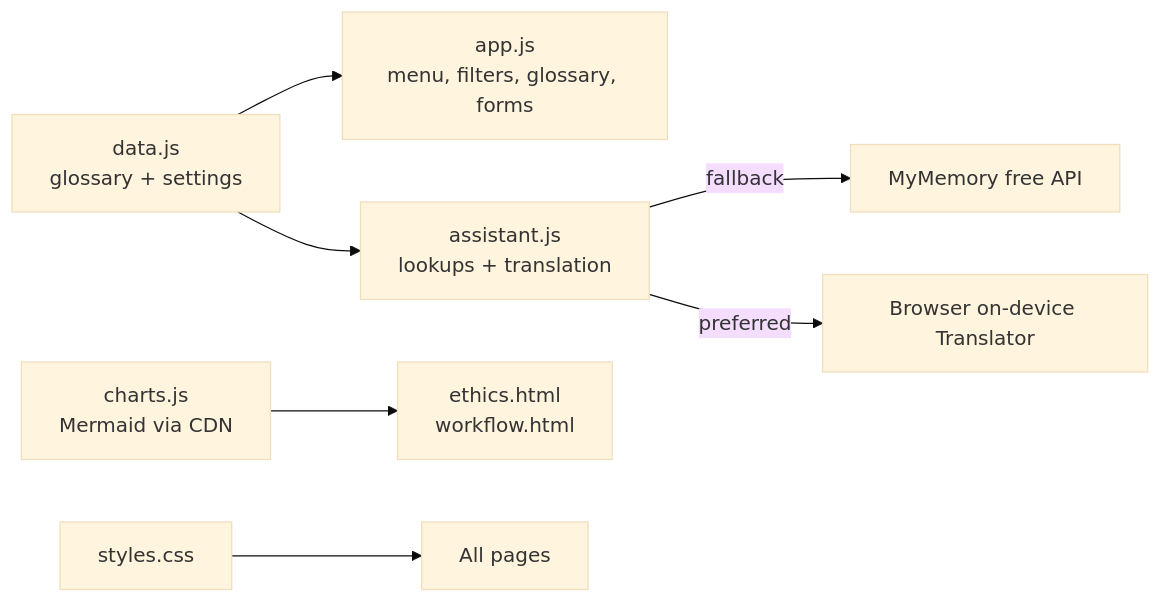
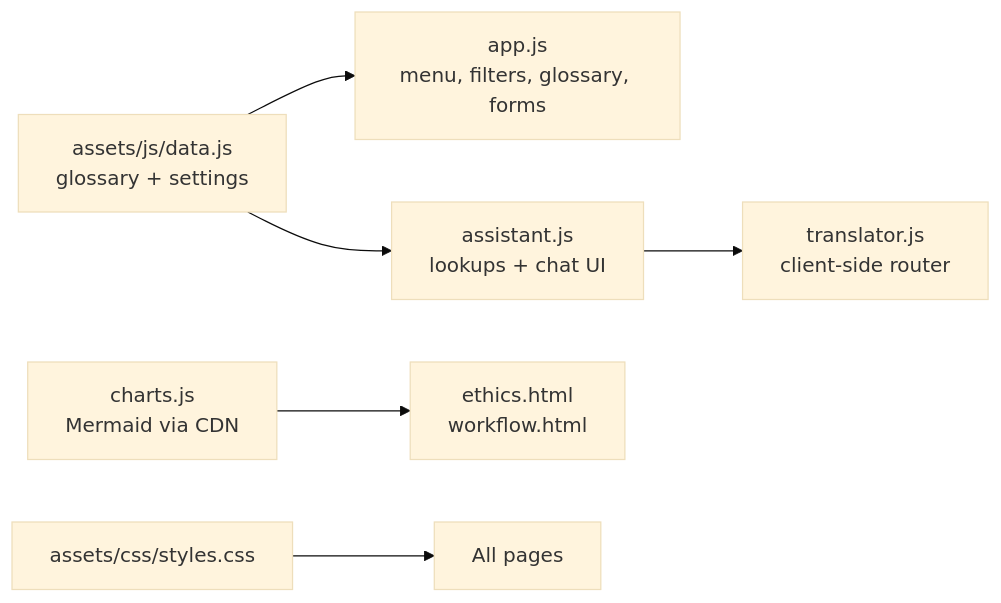
The second of 3 diagrams in README.md (wbp318/LA-Interpreter-Hub-Website-fork), drawn with Mermaid (base theme) before and after one commit. The commit also changed other lines of this file and 11 other files, not shown here.

Commit message:
Reorganize into assets/ subfolders; add client-side translation router (Chrome, opt-in OPUS-MT, MyMemory)

````diff
--- a/README.md
+++ b/README.md
@@ -38,9 +49,8 @@
 ```mermaid
 flowchart LR
-D["data.js<br/>glossary + settings"] --> APP["app.js<br/>menu, filters, glossary, forms"]
-D --> AS["assistant.js<br/>lookups + translation"]
+D["assets/js/data.js<br/>glossary + settings"] --> APP["app.js<br/>menu, filters, glossary, forms"]
+D --> AS["assistant.js<br/>lookups + chat UI"]
+AS --> TR["translator.js<br/>client-side router"]
 CH["charts.js<br/>Mermaid via CDN"] --> P["ethics.html<br/>workflow.html"]
-ST["styles.css"] --> ALL["All pages"]
-AS -->|"fallback"| MM["MyMemory free API"]
-AS -->|"preferred"| BR["Browser on-device Translator"]
+ST["assets/css/styles.css"] --> ALL["All pages"]
 ```
````
